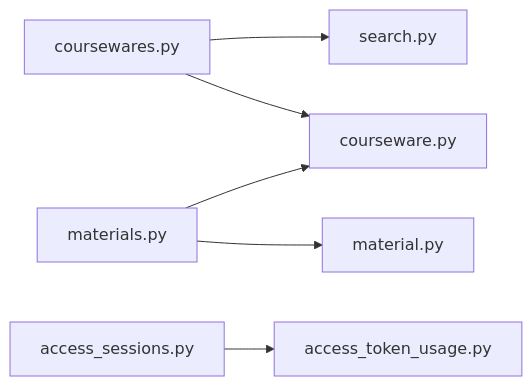
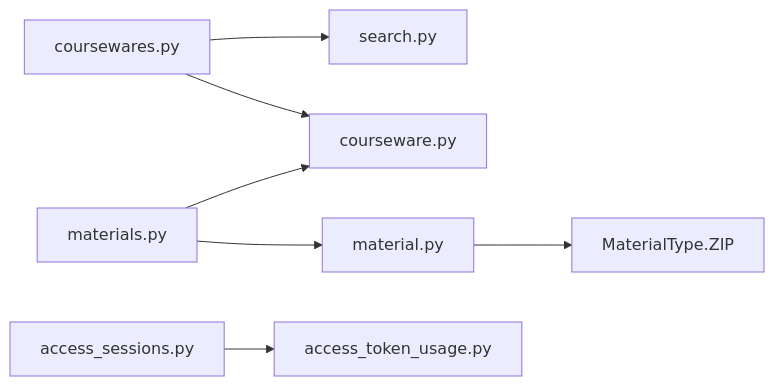
One commit to leo21cn/ai-learning-hub changed the third of 3 diagrams in .qoder/repowiki/zh/content/API接口文档/公开接口/公开接口.md. Above: the diagram before and after it, drawn with Mermaid. The commit also changed other lines of this file and 41 other files, not shown here.

````diff
--- a/.qoder/repowiki/zh/content/API接口文档/公开接口/公开接口.md
+++ b/.qoder/repowiki/zh/content/API接口文档/公开接口/公开接口.md
@@ -273,8 +300,9 @@
 ```mermaid
 graph LR
 R1["coursewares.py"] --> S1["search.py"]
 R1 --> S2["courseware.py"]
 R2["materials.py"] --> S3["material.py"]
 R2 --> S2
 R3["access_sessions.py"] --> S4["access_token_usage.py"]
+S3 --> M1["MaterialType.ZIP"]
 ```
````
